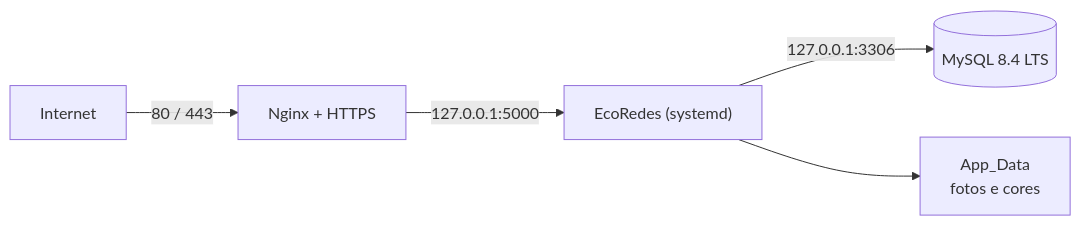
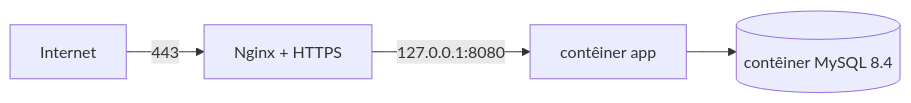
The diagram in docs/servidor-hostinger.md (Oroboni/InsEmpodera), drawn with Mermaid before and after one commit. The commit also changed other lines of this file and 43 other files, not shown here.

````diff
--- a/docs/servidor-hostinger.md
+++ b/docs/servidor-hostinger.md
@@ -17,7 +16,6 @@
 ```mermaid
 flowchart LR
-    I["Internet"] -->|"80 / 443"| N["Nginx + HTTPS"]
-    N -->|"127.0.0.1:5000"| K["EcoRedes (systemd)"]
-    K -->|"127.0.0.1:3306"| M[("MySQL 8.4 LTS")]
-    K --> D["App_Data<br/>fotos e cores"]
+    I["Internet"] -->|"443"| N["Nginx + HTTPS"]
+    N -->|"127.0.0.1:8080"| A["contêiner app"]
+    A --> M[("contêiner MySQL 8.4")]
 ```
````
